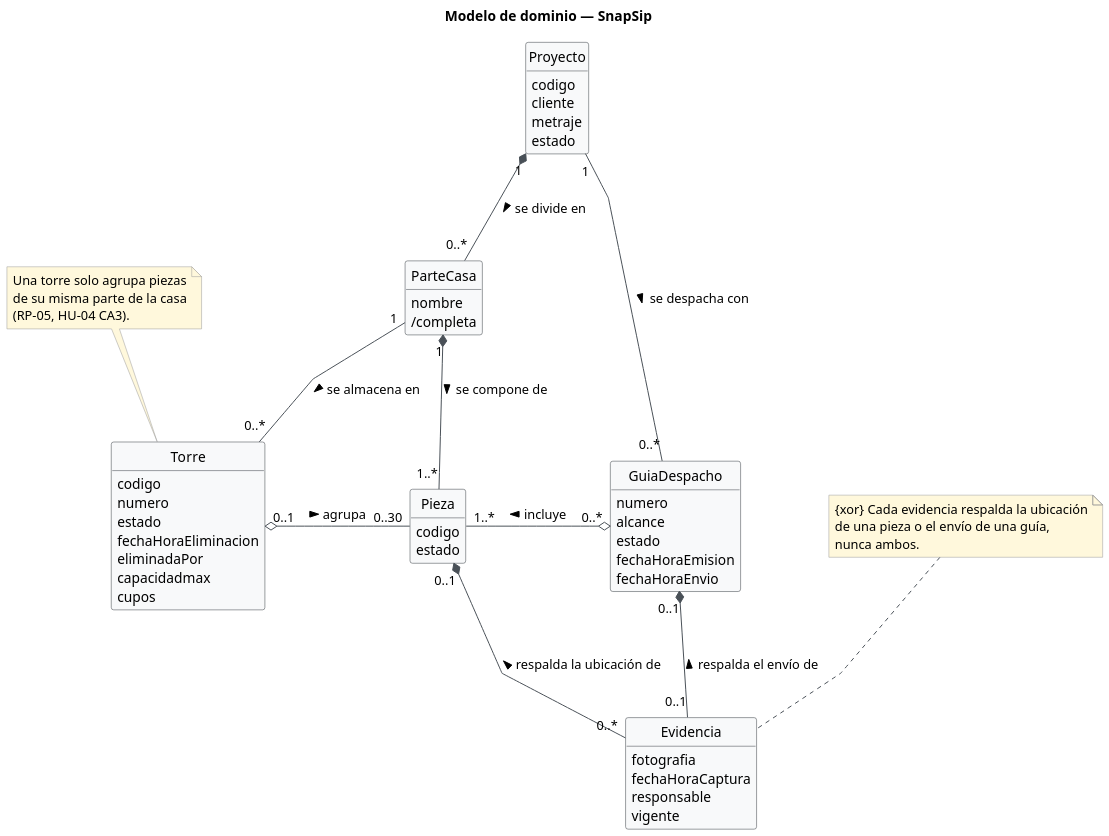
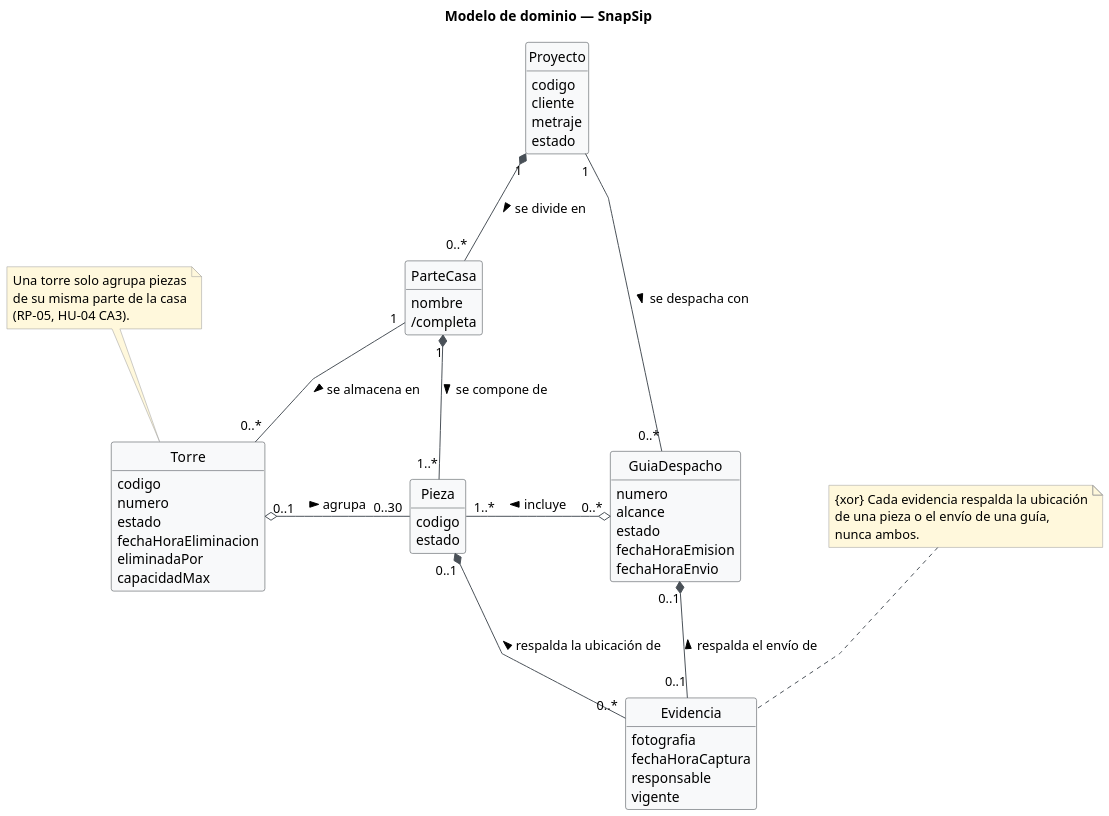
One commit to Foyzen-Kaze/snapsip changed the diagram in diagramas/modelo-de-dominio.puml. Above: the diagram before and after it, drawn with PlantUML.

```diff
--- a/diagramas/modelo-de-dominio.puml
+++ b/diagramas/modelo-de-dominio.puml
@@ -1,87 +1,86 @@
 @startuml modelo-dominio
 hide methods
 hide circle
 hide empty members
 skinparam classAttributeIconSize 0
 skinparam dpi 150
 skinparam linetype polyline
 skinparam nodesep 90
 skinparam ranksep 90
 skinparam shadowing false
 
 skinparam class {
     BackgroundColor #F8F9FA
     BorderColor #343A40
     ArrowColor #495057
 }
 skinparam note {
     BackgroundColor #FFF8DC
     BorderColor #999999
 }
 
 title Modelo de dominio — SnapSip
 
 class Proyecto {
   codigo
   cliente
   metraje
   estado
 }
 
 class ParteCasa {
   nombre
   /completa
 }
 
 class Pieza {
   codigo
   estado
 }
 
 class Torre {
   codigo
   numero
   estado
   fechaHoraEliminacion
   eliminadaPor
-  capacidadmax
-  cupos
+  capacidadMax
 }
 
 class GuiaDespacho {
   numero
   alcance
   estado
   fechaHoraEmision
   fechaHoraEnvio
 }
 
 class Evidencia {
   fotografia
   fechaHoraCaptura
   responsable
   vigente
 }
 
 ' Composición: ciclo de vida dependiente
 Proyecto "1" *-down- "0..*" ParteCasa : se divide en >
 ParteCasa "1" *-down- "1..*" Pieza : se compone de >
 Pieza "0..1" *-down- "0..*" Evidencia : respalda la ubicación de <
 GuiaDespacho "0..1" *-down- "0..1" Evidencia : respalda el envío de <
 
 ' Agregación: agrupación física o documental temporal
 Torre "0..1" o-right- "0..30" Pieza : agrupa >
 GuiaDespacho "0..*" o-left- "1..*" Pieza : incluye >
 
 ' Asociaciones simples
 ParteCasa "1" -down- "0..*" Torre : se almacena en >
 Proyecto "1" -right- "0..*" GuiaDespacho : se despacha con >
 
 ' Restricciones que la multiplicidad no expresa
 note "Una torre solo agrupa piezas\nde su misma parte de la casa\n(RP-05, HU-04 CA3)." as N1
 N1 .. Torre
 
 note "{xor} Cada evidencia respalda la ubicación\nde una pieza o el envío de una guía,\nnunca ambos." as N2
 N2 .. Evidencia
 
 @enduml
```
